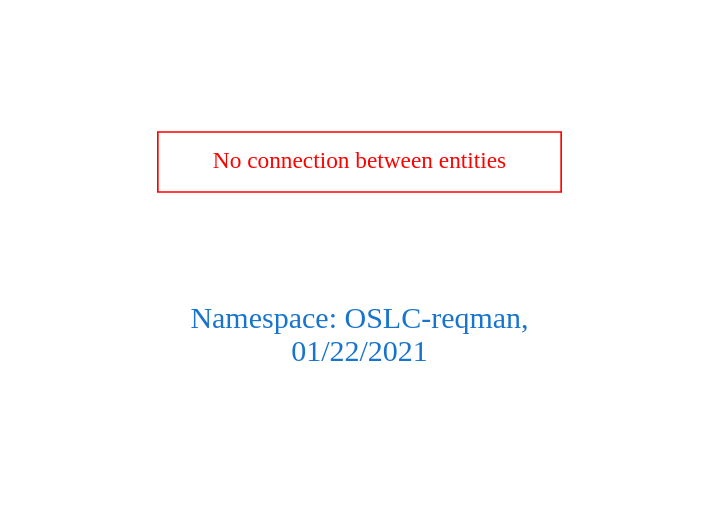
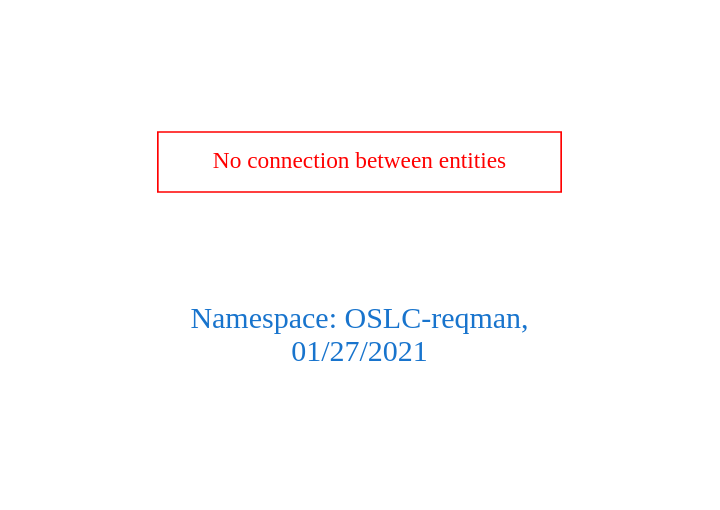
Before and after one commit to arago/OGIT: the diagram in downloads/OSLC-reqman.dot, drawn with Graphviz. The commit also changed 1838 other files, not shown here.

```diff
--- a/downloads/OSLC-reqman.dot
+++ b/downloads/OSLC-reqman.dot
@@ -1,9 +1,9 @@
 digraph OGIT_ontology {
  graph [ rankdir= LR,pad=1 
 fontsize = 18,
-fontcolor= dodgerblue3,label = "\n\n\nNamespace: OSLC-reqman, \n 01/22/2021"];
+fontcolor= dodgerblue3,label = "\n\n\nNamespace: OSLC-reqman, \n 01/27/2021"];
 node[shape=polygon];
 edge [  color="gray81"];
 
 "No connection between entities" [fontcolor = "red",color="red", shape="polygon"]
 }
```
